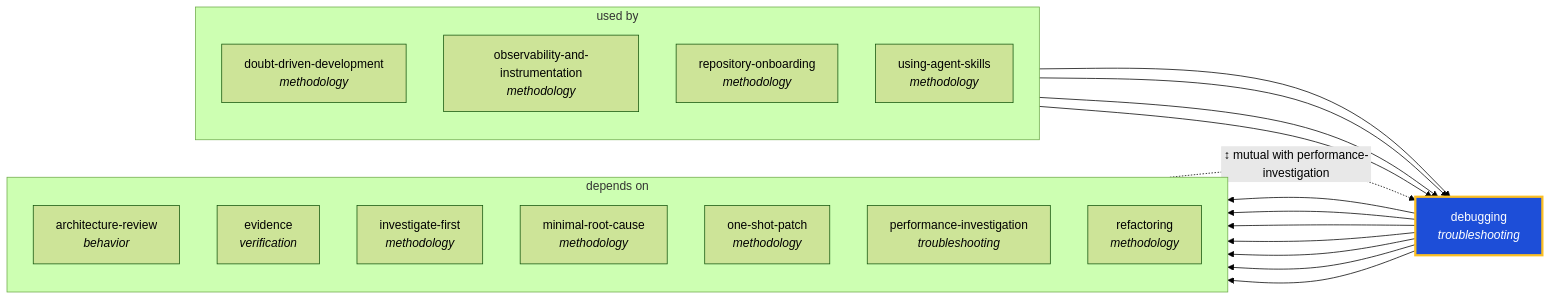
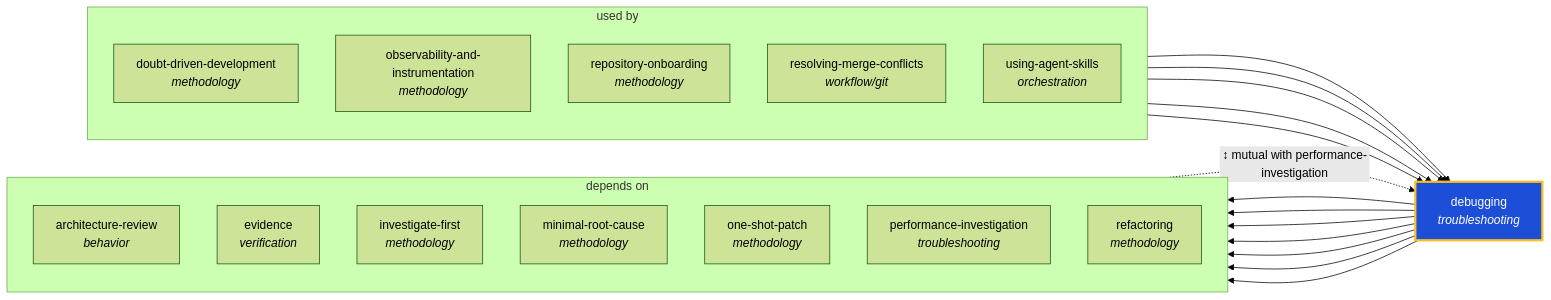
Before and after one commit to ThePlenkov/skills: the diagram in docs/graphs/generated/debugging.md, drawn with Mermaid (forest theme). The commit also changed other lines of this file and 76 other files, not shown here.

````diff
--- a/docs/graphs/generated/debugging.md
+++ b/docs/graphs/generated/debugging.md
@@ -22,37 +22,39 @@
 ```mermaid
 graph LR
   debugging["debugging<br/><i>troubleshooting</i>"]
   classDef center fill:#1d4ed8,stroke:#fbbf24,stroke-width:3px,color:#fff
   class debugging center
 
   subgraph sg_used_by["used by"]
     direction TB
     doubt_driven_development["doubt-driven-development<br/><i>methodology</i>"]
     observability_and_instrumentation["observability-and-instrumentation<br/><i>methodology</i>"]
     repository_onboarding["repository-onboarding<br/><i>methodology</i>"]
-    using_agent_skills["using-agent-skills<br/><i>methodology</i>"]
+    resolving_merge_conflicts["resolving-merge-conflicts<br/><i>workflow/git</i>"]
+    using_agent_skills["using-agent-skills<br/><i>orchestration</i>"]
   end
   doubt_driven_development --> debugging
   observability_and_instrumentation --> debugging
   repository_onboarding --> debugging
+  resolving_merge_conflicts --> debugging
   using_agent_skills --> debugging
 
   subgraph sg_depends_on["depends on"]
     direction TB
     architecture_review["architecture-review<br/><i>behavior</i>"]
     evidence["evidence<br/><i>verification</i>"]
     investigate_first["investigate-first<br/><i>methodology</i>"]
     minimal_root_cause["minimal-root-cause<br/><i>methodology</i>"]
     one_shot_patch["one-shot-patch<br/><i>methodology</i>"]
     performance_investigation["performance-investigation<br/><i>troubleshooting</i>"]
     refactoring["refactoring<br/><i>methodology</i>"]
   end
   debugging --> architecture_review
   debugging --> evidence
   debugging --> investigate_first
   debugging --> minimal_root_cause
   debugging --> one_shot_patch
   debugging --> performance_investigation
   debugging --> refactoring
   performance_investigation -. "↕ mutual with performance-investigation" .-> debugging
 ```
````
